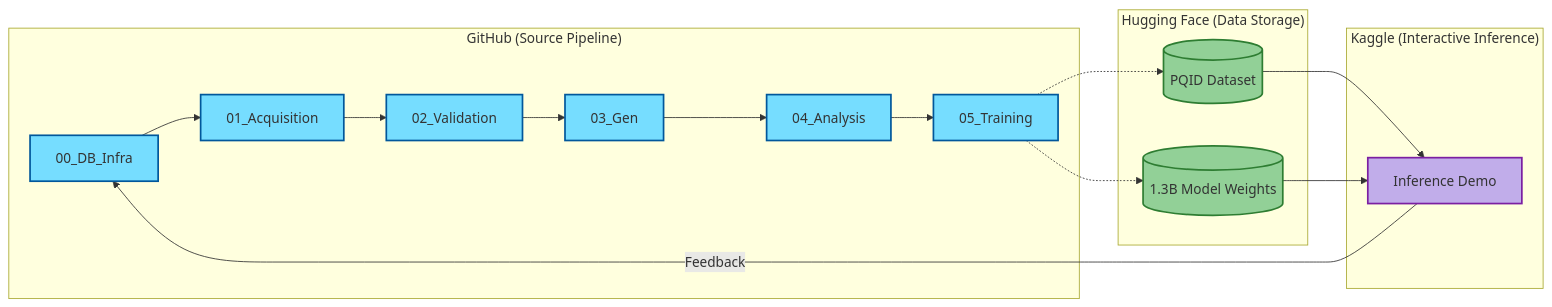
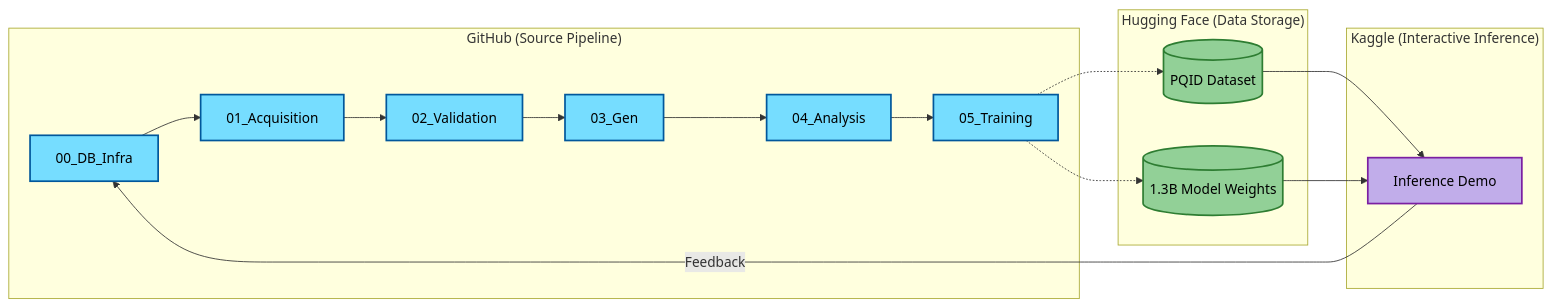
Before and after one commit to Elias-Abebe-Gasparini/PQID-Dataset: the first of 3 diagrams in ARCHITECTURE.mmd, drawn with Mermaid. The commit also changed other lines of this file and 1 other file, not shown here.

Commit message:
Updated Citation Details

````diff
--- a/ARCHITECTURE.mmd
+++ b/ARCHITECTURE.mmd
@@ -3,36 +3,36 @@
 ```mermaid
 graph LR
-    %% Class Definitions
-    classDef github fill:#76ddff,stroke:#01579b,stroke-width:2px;
-    classDef hf fill:#92d097,stroke:#2e7d32,stroke-width:2px;
-    classDef kaggle fill:#c1adea,stroke:#7b1fa2,stroke-width:2px;
+%% Class Definitions (Added color:#000000 to force black text)
+    classDef github fill:#76ddff,stroke:#01579b,stroke-width:2px,color:#000000;
+    classDef hf fill:#92d097,stroke:#2e7d32,stroke-width:2px,color:#000000;
+    classDef kaggle fill:#c1adea,stroke:#7b1fa2,stroke-width:2px,color:#000000;
 
     subgraph "GitHub (Source Pipeline)"
         A[00_DB_Infra] --> B[01_Acquisition]
         B --> C[02_Validation]
         C --> D[03_Gen]
         D --> E[04_Analysis]
         E --> F[05_Training]
     end
 
     subgraph "Hugging Face (Data Storage)"
         G[(PQID Dataset)]
         H[(1.3B Model Weights)]
     end
 
     subgraph "Kaggle (Interactive Inference)"
         I[Inference Demo]
     end
 
     %% Applying Classes
     class A,B,C,D,E,F github;
     class G,H hf;
     class I kaggle;
 
     %% Connections
     F -.-> G
     F -.-> H
     G --> I
     H --> I
     I -- Feedback --> A
 ```
````
